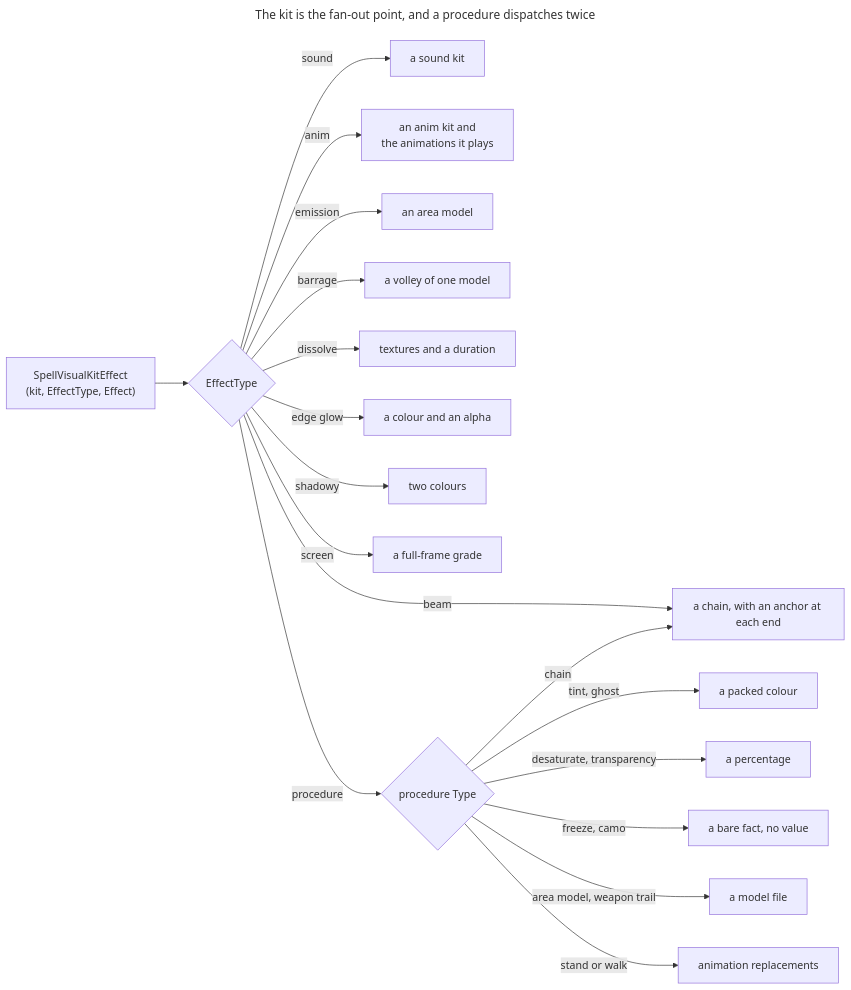
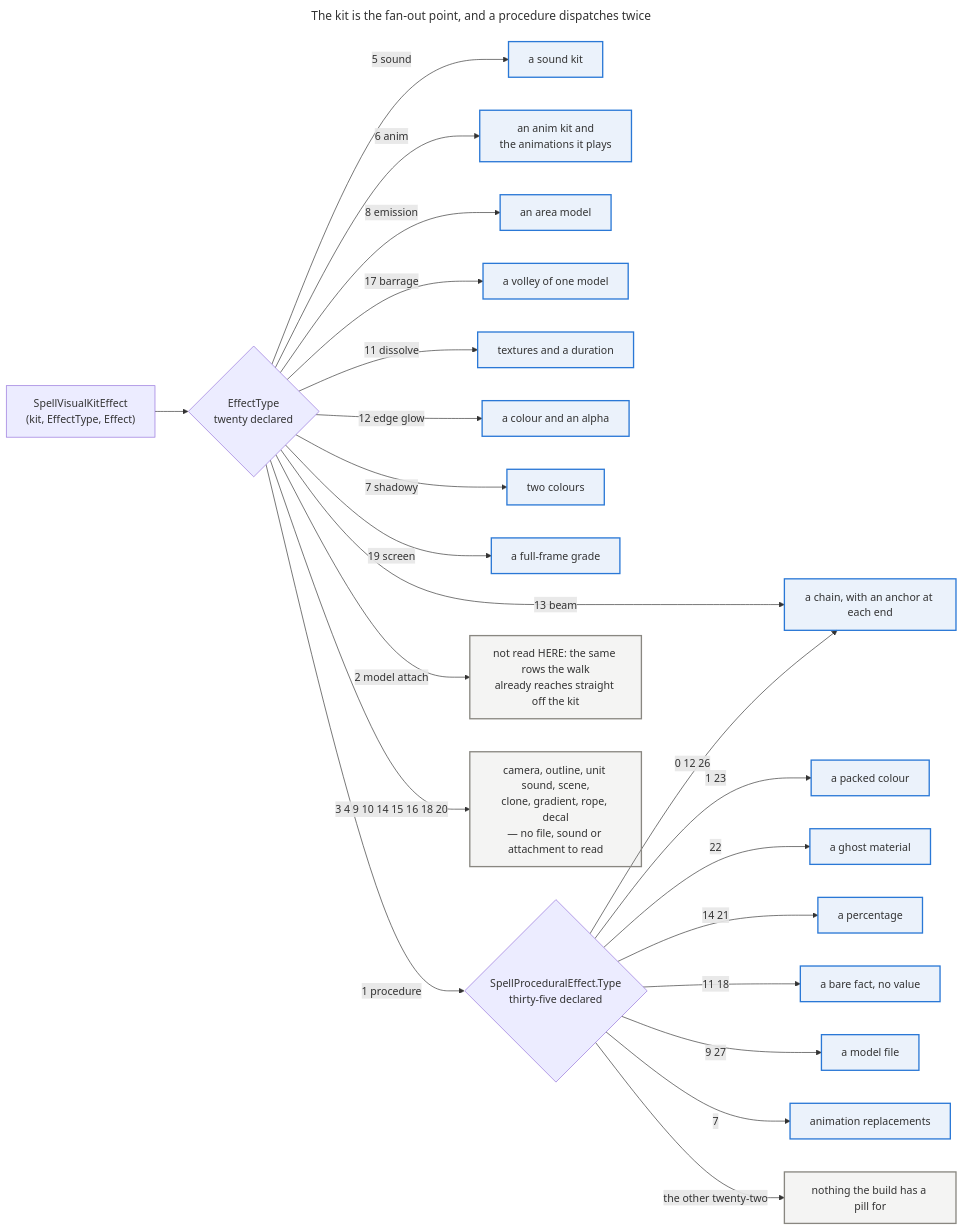
One commit to Natans8/Epsilook changed the ninth of 12 diagrams in docs/DATA_ROUTES.md. Above: the diagram before and after it, drawn with Mermaid. The commit also changed other lines of this file, not shown here.

````diff
--- a/docs/DATA_ROUTES.md
+++ b/docs/DATA_ROUTES.md
@@ -624,31 +733,46 @@
 ```mermaid
 ---
 title: The kit is the fan-out point, and a procedure dispatches twice
 ---
 flowchart LR
     accTitle: The kit effect type dispatch
     accDescr {
-      A kit effect row carries a type and a value. The type decides which of about ten
-      tables the value is an id in. One of those types is a procedure, whose own type dispatches a
-      second time into thirteen different meanings.
+      A kit effect row carries a type and a value, and the type decides which table the value
+      is an id in. Twenty types are declared and ten of them a route reads. The largest of the rest
+      is the model attach, which is not dropped but reached directly from the kit by the walk. One
+      of the ten is a procedure, whose own type dispatches a second time: thirty-five declared, of
+      which thirteen carry a payload the build reads.
     }
 
     KE["SpellVisualKitEffect<br/>(kit, EffectType, Effect)"]
-    KE --> T{"EffectType"}
-    T -->|sound| SND["a sound kit"]
-    T -->|anim| ANM["an anim kit and<br/>the animations it plays"]
-    T -->|beam| BEAM["a chain, with an anchor at each end"]
-    T -->|emission| EMI["an area model"]
-    T -->|barrage| BAR["a volley of one model"]
-    T -->|dissolve| DIS["textures and a duration"]
-    T -->|edge glow| GLO["a colour and an alpha"]
-    T -->|shadowy| SHA["two colours"]
-    T -->|screen| SCR["a full-frame grade"]
-    T -->|procedure| PRC{"procedure Type"}
-    PRC -->|chain| BEAM
-    PRC -->|tint, ghost| COL["a packed colour"]
-    PRC -->|desaturate, transparency| PCT["a percentage"]
-    PRC -->|freeze, camo| BARE["a bare fact, no value"]
-    PRC -->|area model, weapon trail| MOD["a model file"]
-    PRC -->|stand or walk| SWAP["animation replacements"]
+    KE --> T{"EffectType<br/>twenty declared"}
+    T -->|"5 sound"| SND["a sound kit"]
+    T -->|"6 anim"| ANM["an anim kit and<br/>the animations it plays"]
+    T -->|"13 beam"| BEAM["a chain, with an anchor at each end"]
+    T -->|"8 emission"| EMI["an area model"]
+    T -->|"17 barrage"| BAR["a volley of one model"]
+    T -->|"11 dissolve"| DIS["textures and a duration"]
+    T -->|"12 edge glow"| GLO["a colour and an alpha"]
+    T -->|"7 shadowy"| SHA["two colours"]
+    T -->|"19 screen"| SCR["a full-frame grade"]
+    T -->|"1 procedure"| PRC{"SpellProceduralEffect.Type<br/>thirty-five declared"}
+    T -->|"2 model attach"| MA["not read HERE: the same rows the walk<br/>already reaches straight off the kit"]
+    T -->|"3 4 9 10 14 15 16 18 20"| NONE["camera, outline, unit sound, scene,<br/>clone, gradient, rope, decal<br/>— no file, sound or attachment to read"]
+
+    PRC -->|"0 12 26"| BEAM
+    PRC -->|"1 23"| COL["a packed colour"]
+    PRC -->|"22"| GHO["a ghost material"]
+    PRC -->|"14 21"| PCT["a percentage"]
+    PRC -->|"11 18"| BARE["a bare fact, no value"]
+    PRC -->|"9 27"| MOD["a model file"]
+    PRC -->|"7"| SWAP["animation replacements"]
+    PRC -->|"the other twenty-two"| NONE2["nothing the build has a pill for"]
+
+    %% Emphasis rather than identity: what a route reads is the subject, and the
+    %% rest is context. The de-emphasis grey clears 3:1 on a light page and on a
+    %% dark one, so the contrast between the two groups survives either theme.
+    classDef read fill:#2a78d618,stroke:#2a78d6,stroke-width:2px
+    classDef unread fill:#89878118,stroke:#898781,stroke-width:2px
+    class SND,ANM,BEAM,EMI,BAR,DIS,GLO,SHA,SCR,COL,GHO,PCT,BARE,MOD,SWAP read
+    class MA,NONE,NONE2 unread
 ```
````
